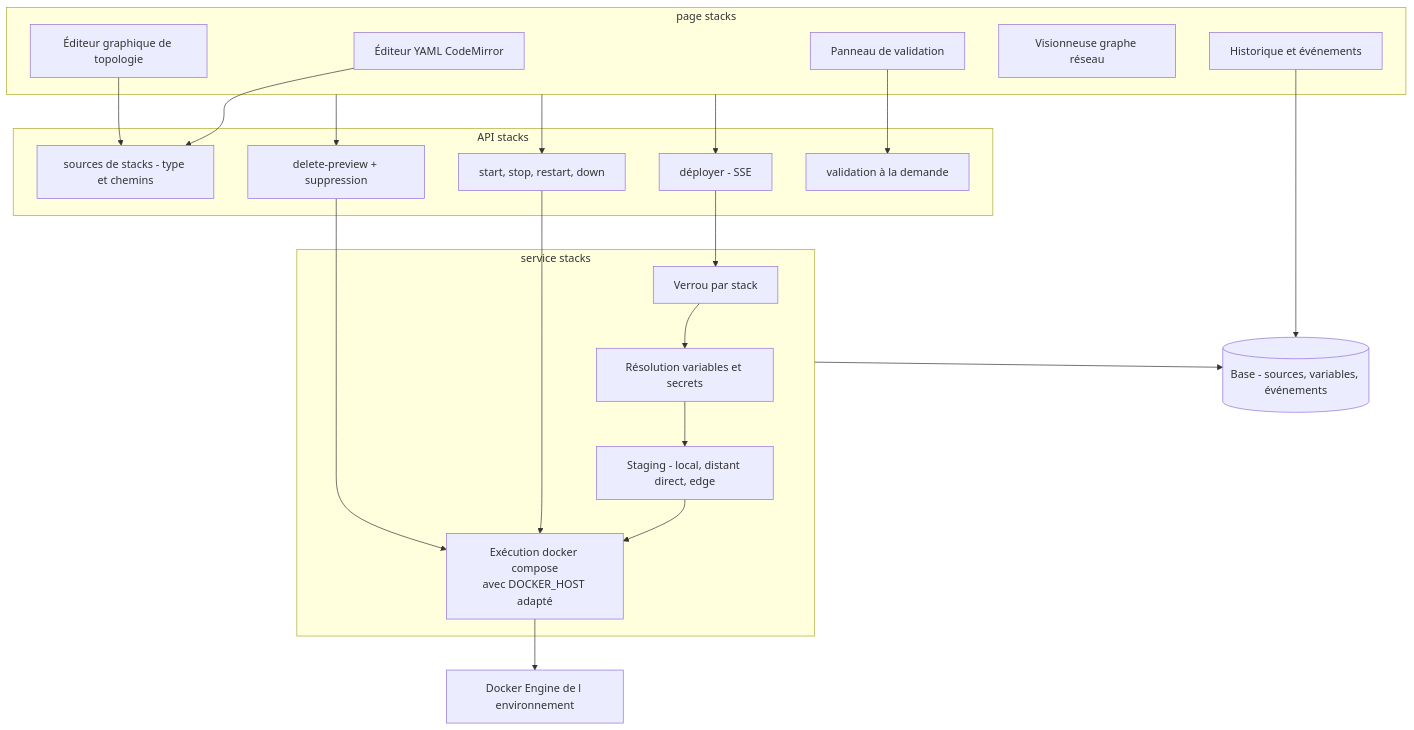
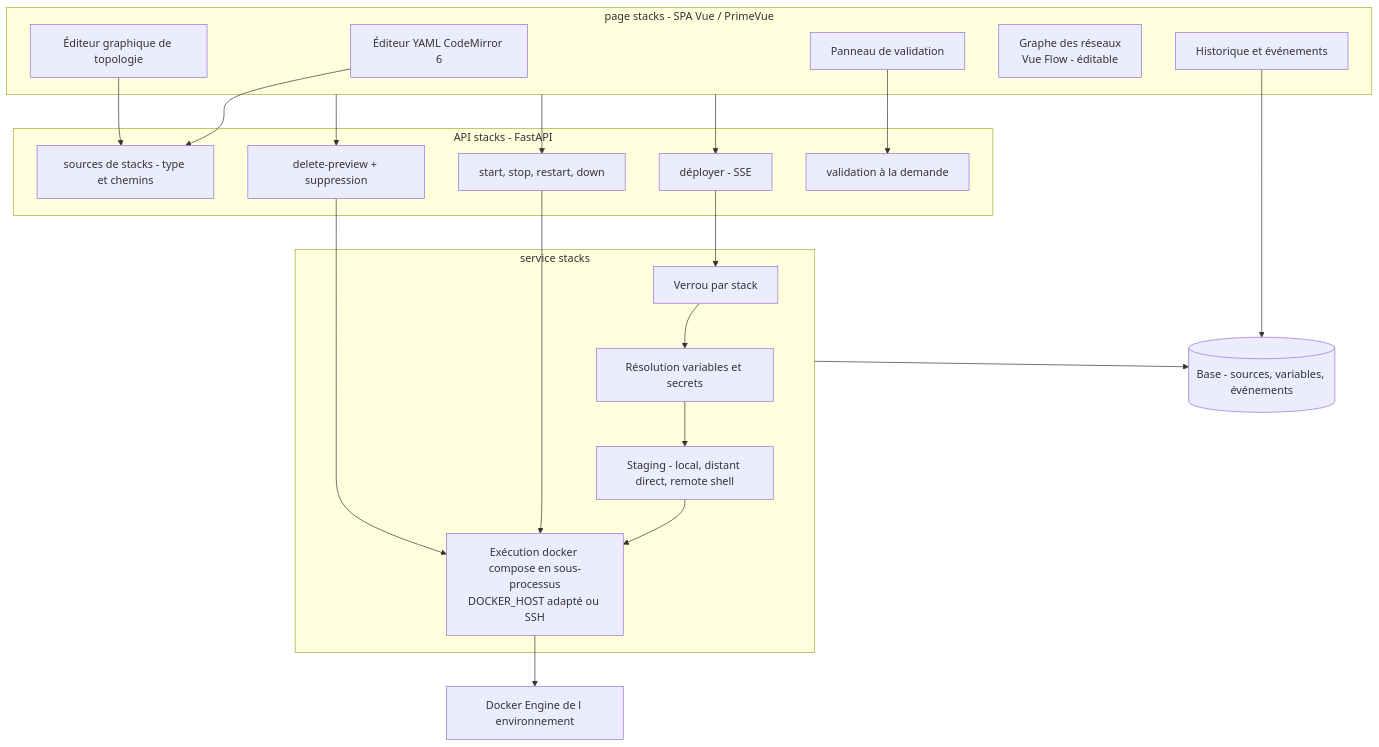
Before and after one commit to stefapi/windflow: the first of 3 diagrams in docs/spec_dockhand_reference/06-stacks.md, drawn with Mermaid. The commit also changed other lines of this file and 15 other files, not shown here.

````diff
--- a/docs/spec_dockhand_reference/06-stacks.md
+++ b/docs/spec_dockhand_reference/06-stacks.md
@@ -43,40 +39,40 @@
 ```mermaid
 flowchart TB
-    subgraph UI[ page stacks ]
-        EDITEUR[Éditeur YAML CodeMirror]
+    subgraph UI[ page stacks - SPA Vue / PrimeVue ]
+        EDITEUR[Éditeur YAML CodeMirror 6]
         TOPO[Éditeur graphique de topologie]
         VALID[Panneau de validation]
-        GRAPH[Visionneuse graphe réseau]
+        GRAPH[Graphe des réseaux<br/>Vue Flow - éditable]
         HISTO[Historique et événements]
     end
 
-    subgraph API[ API stacks ]
+    subgraph API[ API stacks - FastAPI ]
         SRC[sources de stacks - type et chemins]
         DEPLOY[déployer - SSE]
         VIE[start, stop, restart, down]
         DEL[delete-preview + suppression]
         VALIDAPI[validation à la demande]
     end
 
     subgraph SERV[ service stacks ]
         LOCK[Verrou par stack]
         ENVVAR[Résolution variables et secrets]
-        STAGE[Staging - local, distant direct, edge]
-        COMPOSE[Exécution docker compose<br/>avec DOCKER_HOST adapté]
+        STAGE[Staging - local, distant direct, remote shell]
+        COMPOSE[Exécution docker compose en sous-processus<br/>DOCKER_HOST adapté ou SSH]
     end
 
     DOCKER[Docker Engine de l environnement]
     BDD[(Base - sources, variables, événements)]
 
     EDITEUR --> SRC
     TOPO --> SRC
     VALID --> VALIDAPI
     UI --> DEPLOY
     UI --> VIE
     UI --> DEL
     DEPLOY --> LOCK --> ENVVAR --> STAGE --> COMPOSE --> DOCKER
     VIE --> COMPOSE
     DEL --> COMPOSE
     SERV --> BDD
     HISTO --> BDD
 ```
````
